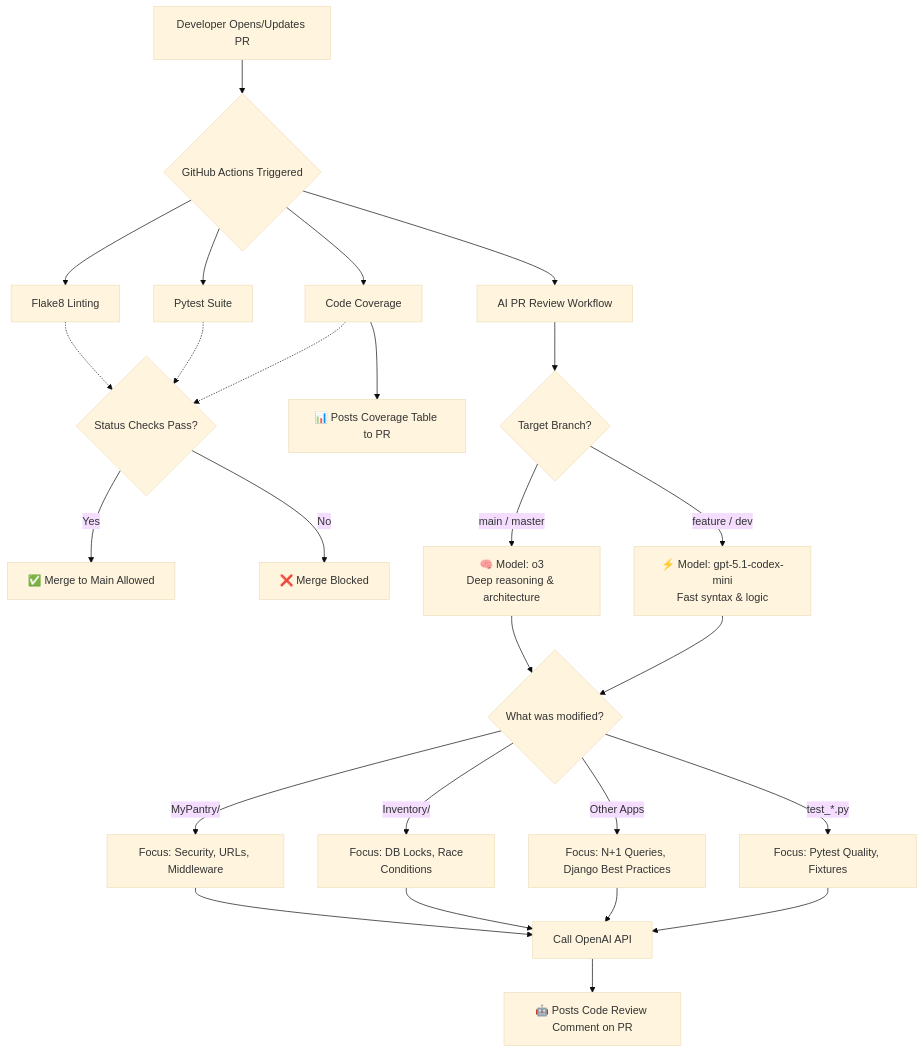
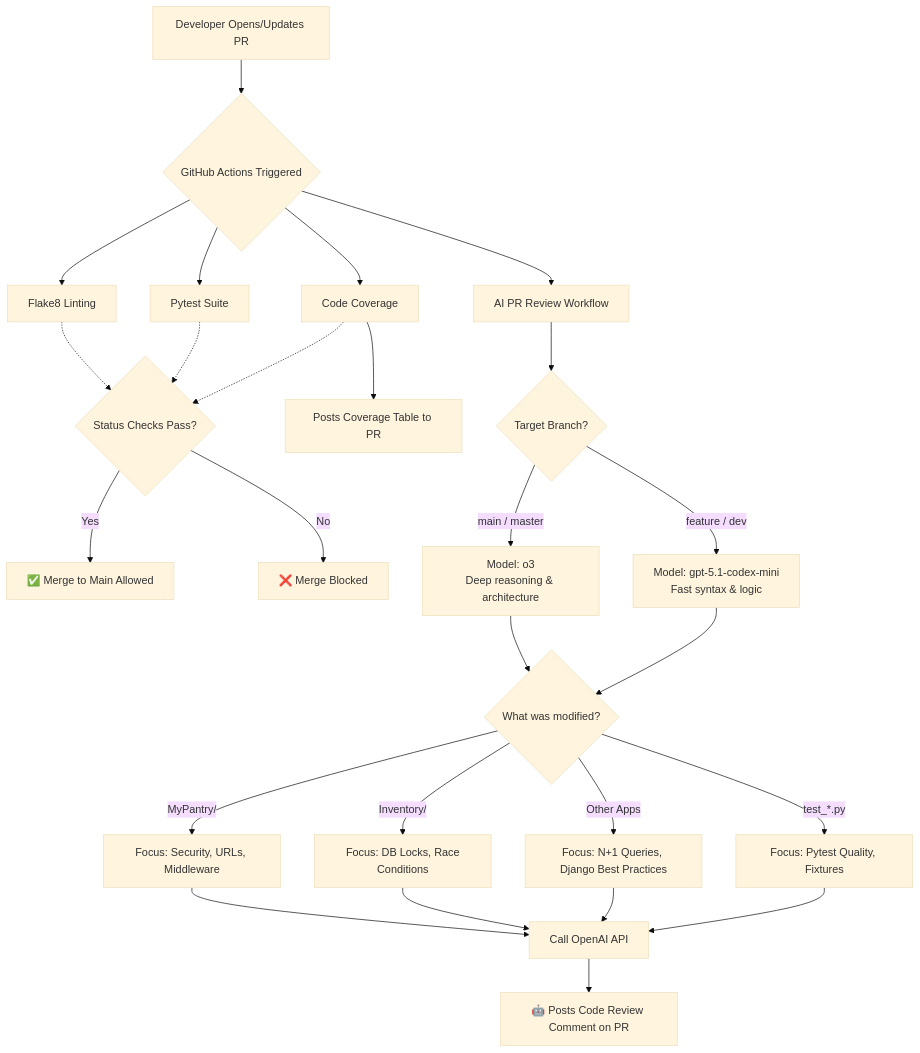
One commit to eleusink/my-pantry-dependabot changed the diagram in .github/workflows/README_ai-pr-review.md. Above: the diagram before and after it, drawn with Mermaid (base theme). The commit also changed other lines of this file, not shown here.

Commit message:
Refine README for AI PR Review Workflow
Updated formatting and removed unnecessary symbols in AI PR review workflow documentation.

````diff
--- a/.github/workflows/README_ai-pr-review.md
+++ b/.github/workflows/README_ai-pr-review.md
@@ -7,41 +7,41 @@
 ```mermaid
 graph TD
     PR[Developer Opens/Updates PR] --> Trigger{GitHub Actions Triggered}
     
     %% Standard CI/CD Jobs
     Trigger --> Flake8[Flake8 Linting]
     Trigger --> Pytest[Pytest Suite]
     Trigger --> Cov[Code Coverage]
     
     Flake8 -.-> Gate{Status Checks Pass?}
     Pytest -.-> Gate
     Cov -.-> Gate
     
     Gate -- Yes --> Merge[✅ Merge to Main Allowed]
     Gate -- No --> Block[❌ Merge Blocked]
     
-    Cov --> CovComment[📊 Posts Coverage Table to PR]
+    Cov --> CovComment[ Posts Coverage Table to PR]
 
     %% AI Review Job
     Trigger --> AI[AI PR Review Workflow]
     
     AI --> BranchCheck{Target Branch?}
-    BranchCheck -- "main / master" --> O3[🧠 Model: o3<br>Deep reasoning & architecture]
-    BranchCheck -- "feature / dev" --> Codex[⚡ Model: gpt-5.1-codex-mini<br>Fast syntax & logic]
+    BranchCheck -- "main / master" --> O3[ Model: o3<br>Deep reasoning & architecture]
+    BranchCheck -- "feature / dev" --> Codex[ Model: gpt-5.1-codex-mini<br>Fast syntax & logic]
     
     O3 --> FileCheck{What was modified?}
     Codex --> FileCheck
     
     FileCheck -- "MyPantry/" --> RulesMain[ Focus: Security, URLs, Middleware]
     FileCheck -- "Inventory/" --> RulesInv[️ Focus: DB Locks, Race Conditions]
     FileCheck -- "Other Apps" --> RulesGen[ Focus: N+1 Queries, Django Best Practices]
     FileCheck -- "test_*.py" --> RulesTest[ Focus: Pytest Quality, Fixtures]
     
     RulesMain --> API[Call OpenAI API]
     RulesInv --> API
     RulesGen --> API
     RulesTest --> API
     
     API --> AIComment[🤖 Posts Code Review Comment on PR]
 
 ```
````
